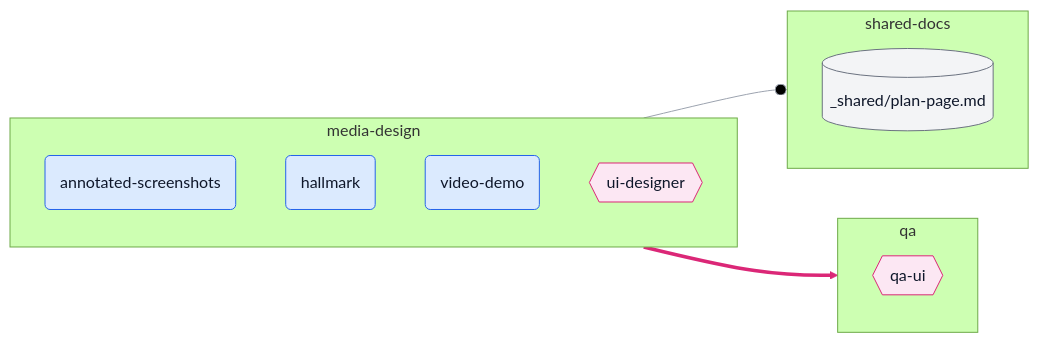
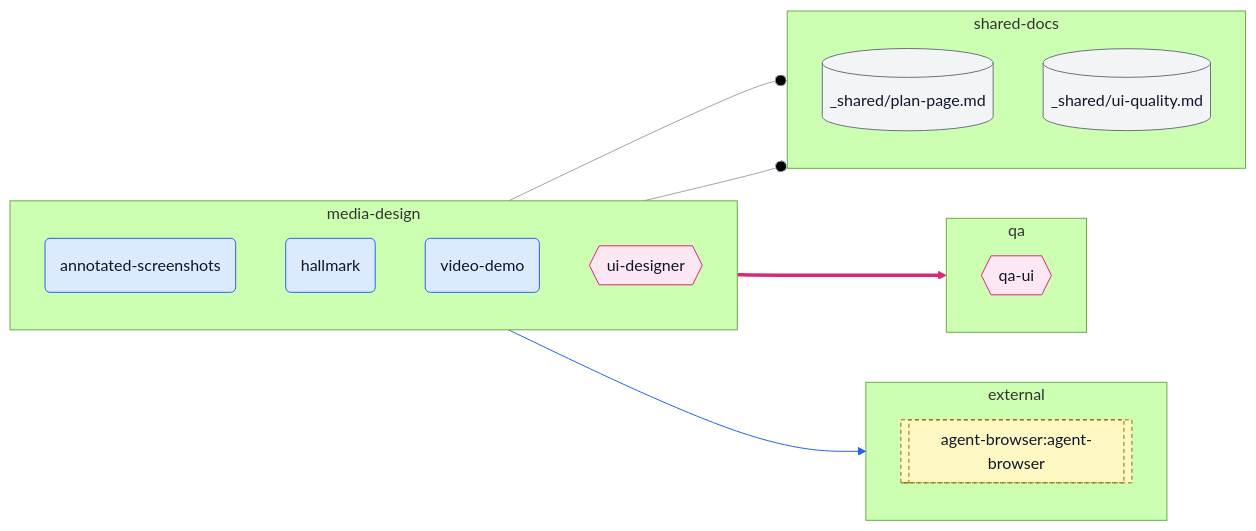
Before and after one commit to ybarsotti/dotfiles: the second of 10 diagrams in docs/skills-map.md, drawn with Mermaid (forest theme). The commit also changed other lines of this file and 32 other files, not shown here.

````diff
--- a/docs/skills-map.md
+++ b/docs/skills-map.md
@@ -167,28 +167,37 @@
 ```mermaid
 flowchart LR
+  subgraph cl_external["external"]
+    direction TB
+    x_agent_browser_agent_browser[["agent-browser:agent-browser"]]:::external
+  end
   subgraph cl_media_design["media-design"]
     direction TB
     s_annotated_screenshots("annotated-screenshots"):::skill
     s_hallmark("hallmark"):::skill
     s_video_demo("video-demo"):::skill
     a_ui_designer{{"ui-designer"}}:::agent
   end
   subgraph cl_qa["qa"]
     direction TB
     a_qa_ui{{"qa-ui"}}:::agent
   end
   subgraph cl_shared_docs["shared-docs"]
     direction TB
     d_plan_page[("_shared/plan-page.md")]:::shared
+    d_ui_quality[("_shared/ui-quality.md")]:::shared
   end
   a_ui_designer ==> a_qa_ui
   a_ui_designer --o d_plan_page
+  a_ui_designer --o d_ui_quality
+  a_ui_designer --> x_agent_browser_agent_browser
   linkStyle 0 stroke:#db2777
   linkStyle 1 stroke:#9ca3af
+  linkStyle 2 stroke:#9ca3af
+  linkStyle 3 stroke:#2563eb
   classDef skill fill:#dbeafe,stroke:#2563eb,color:#0f172a
   classDef command fill:#dcfce7,stroke:#16a34a,color:#0f172a
   classDef agent fill:#fce7f3,stroke:#db2777,color:#0f172a
   classDef shared fill:#f3f4f6,stroke:#6b7280,color:#0f172a
   classDef external fill:#fef9c3,stroke:#a16207,color:#0f172a,stroke-dasharray:4 3
   classDef step fill:#ffffff,stroke:#6b7280,color:#0f172a,stroke-dasharray:2 2
 ```
````
